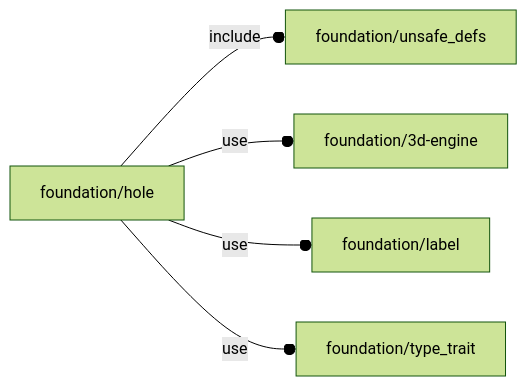
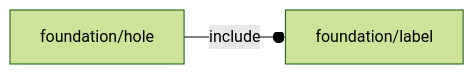
Before and after one commit to ggabbiani/OFL: the diagram in orthodocs/foundation/hole.md, drawn with Mermaid (forest theme). The commit also changed 26 other files, not shown here.

````diff
--- a/orthodocs/foundation/hole.md
+++ b/orthodocs/foundation/hole.md
@@ -5,7 +5,4 @@
 ```mermaid
 graph LR
-    A1[foundation/hole] --o|include| A2[foundation/unsafe_defs]
-    A1 --o|use| A3[foundation/3d-engine]
-    A1 --o|use| A4[foundation/label]
-    A1 --o|use| A5[foundation/type_trait]
+    A1[foundation/hole] --o|include| A2[foundation/label]
 ```
````
